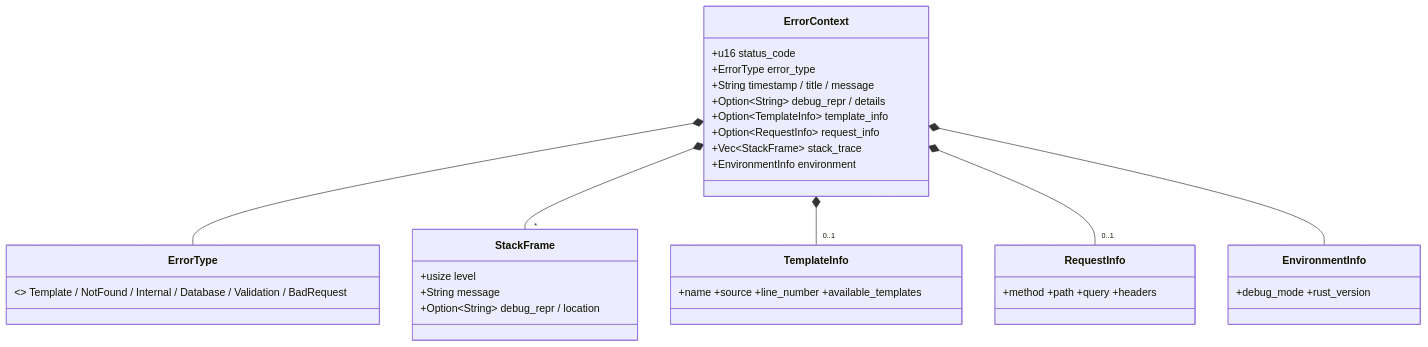
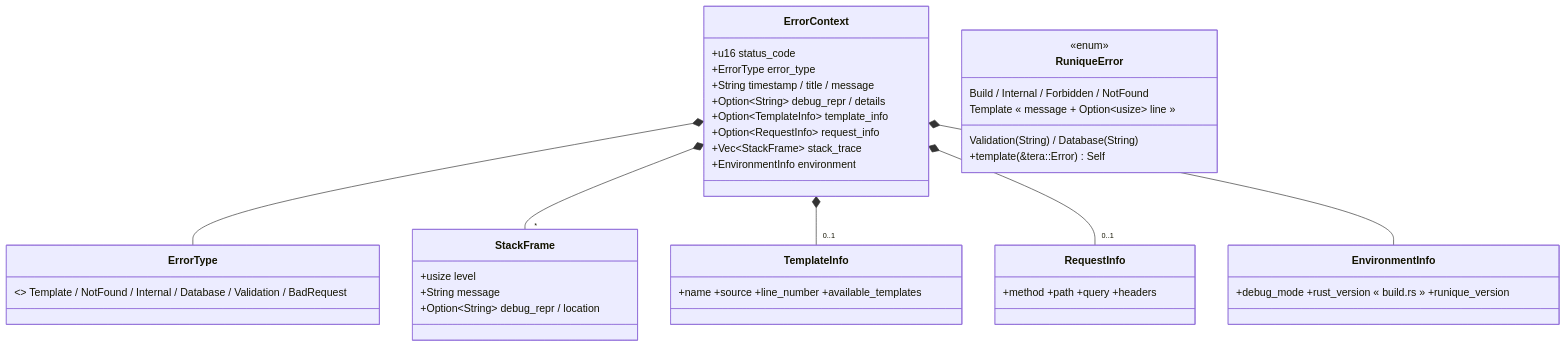
The first of 5 diagrams in diagramme/uml/transverse/utilitaires.md (seb-alliot/runique), drawn with Mermaid before and after one commit. The commit also changed other lines of this file and 57 other files, not shown here.

Commit message:
fix few bug && diagramme

````diff
--- a/diagramme/uml/transverse/utilitaires.md
+++ b/diagramme/uml/transverse/utilitaires.md
@@ -9,29 +9,36 @@
 ```mermaid
 classDiagram
     class ErrorContext {
         +u16 status_code
         +ErrorType error_type
         +String timestamp / title / message
         +Option~String~ debug_repr / details
         +Option~TemplateInfo~ template_info
         +Option~RequestInfo~ request_info
         +Vec~StackFrame~ stack_trace
         +EnvironmentInfo environment
     }
     class ErrorType {
         <<enum>> Template / NotFound / Internal / Database / Validation / BadRequest
     }
+    class RuniqueError {
+        <<enum>>
+        Build / Internal / Forbidden / NotFound
+        Validation(String) / Database(String)
+        Template « message + Option~usize~ line »
+        +template(&tera::Error) Self
+    }
     class StackFrame {
         +usize level
         +String message
         +Option~String~ debug_repr / location
     }
     class TemplateInfo { +name +source +line_number +available_templates }
     class RequestInfo { +method +path +query +headers }
-    class EnvironmentInfo { +debug_mode +rust_version }
+    class EnvironmentInfo { +debug_mode +rust_version « build.rs » +runique_version }
     ErrorContext *-- ErrorType
     ErrorContext *-- "*" StackFrame
     ErrorContext *-- "0..1" TemplateInfo
     ErrorContext *-- "0..1" RequestInfo
     ErrorContext *-- EnvironmentInfo
 ```
````
